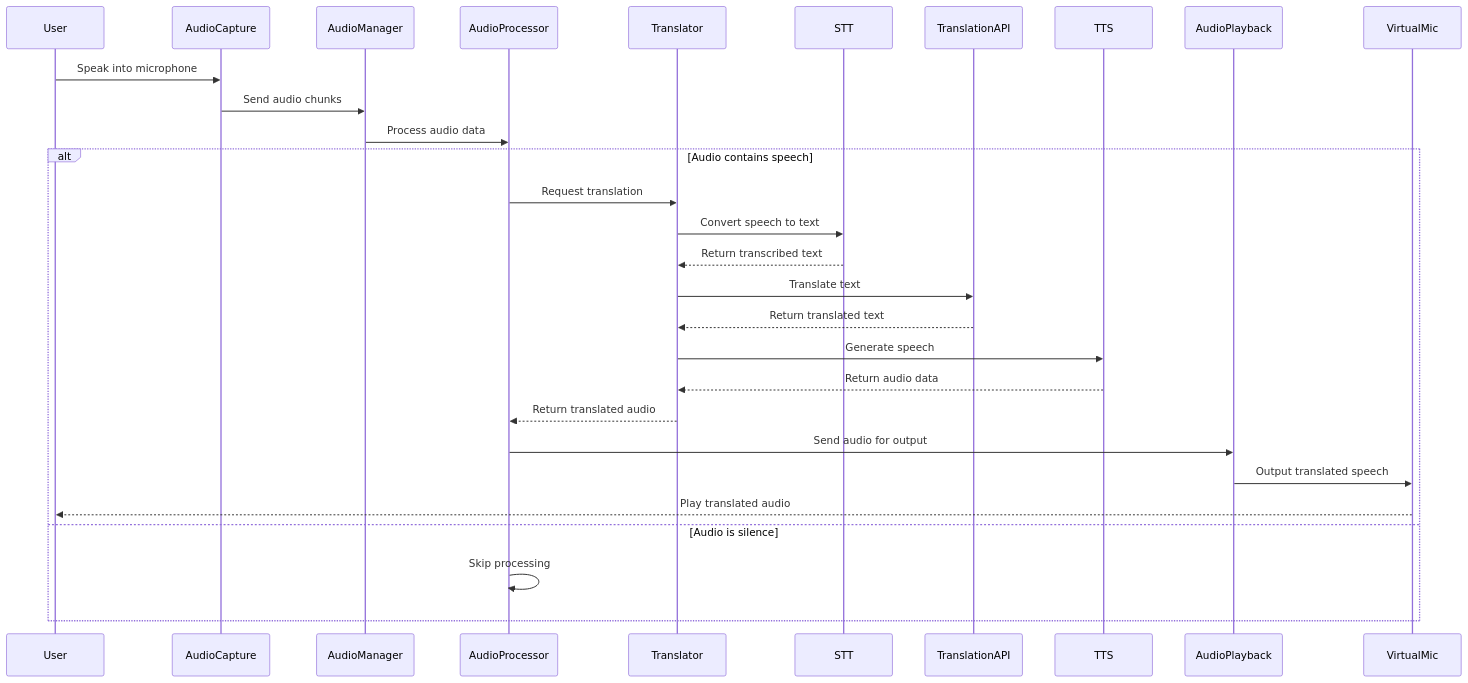
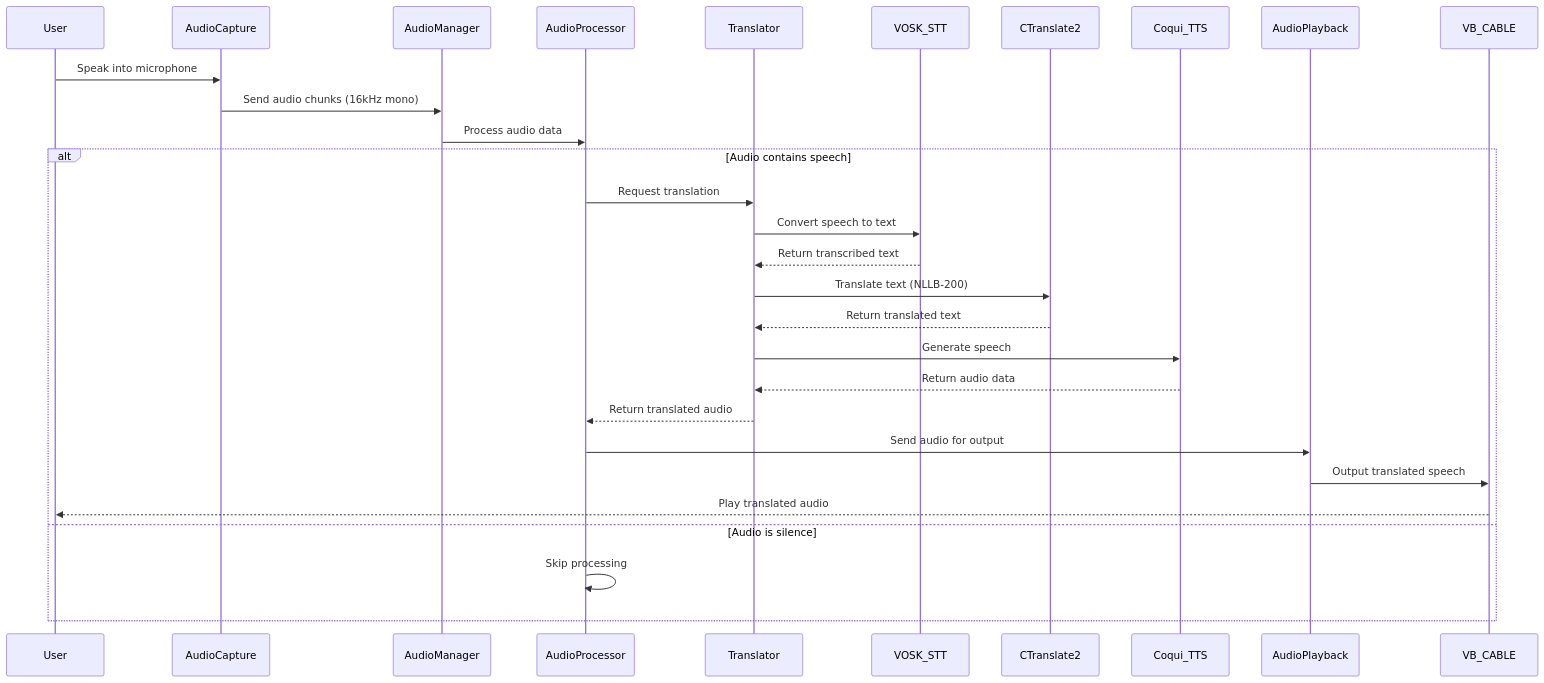
One commit to irakr/voipglot-win changed the third of 4 diagrams in docs/architecture.md. Above: the diagram before and after it, drawn with Mermaid. The commit also changed other lines of this file and 5 other files, not shown here.

````diff
--- a/docs/architecture.md
+++ b/docs/architecture.md
@@ -104,33 +104,33 @@
 ```mermaid
 sequenceDiagram
     participant User
     participant AudioCapture
     participant AudioManager
     participant AudioProcessor
     participant Translator
-    participant STT
-    participant TranslationAPI
-    participant TTS
+    participant VOSK_STT
+    participant CTranslate2
+    participant Coqui_TTS
     participant AudioPlayback
-    participant VirtualMic
+    participant VB_CABLE
     
     User->>AudioCapture: Speak into microphone
-    AudioCapture->>AudioManager: Send audio chunks
+    AudioCapture->>AudioManager: Send audio chunks (16kHz mono)
     AudioManager->>AudioProcessor: Process audio data
     
     alt Audio contains speech
         AudioProcessor->>Translator: Request translation
-        Translator->>STT: Convert speech to text
-        STT-->>Translator: Return transcribed text
-        Translator->>TranslationAPI: Translate text
-        TranslationAPI-->>Translator: Return translated text
-        Translator->>TTS: Generate speech
-        TTS-->>Translator: Return audio data
+        Translator->>VOSK_STT: Convert speech to text
+        VOSK_STT-->>Translator: Return transcribed text
+        Translator->>CTranslate2: Translate text (NLLB-200)
+        CTranslate2-->>Translator: Return translated text
+        Translator->>Coqui_TTS: Generate speech
+        Coqui_TTS-->>Translator: Return audio data
         Translator-->>AudioProcessor: Return translated audio
         AudioProcessor->>AudioPlayback: Send audio for output
-        AudioPlayback->>VirtualMic: Output translated speech
-        VirtualMic-->>User: Play translated audio
+        AudioPlayback->>VB_CABLE: Output translated speech
+        VB_CABLE-->>User: Play translated audio
     else Audio is silence
         AudioProcessor->>AudioProcessor: Skip processing
     end
 ```
````
